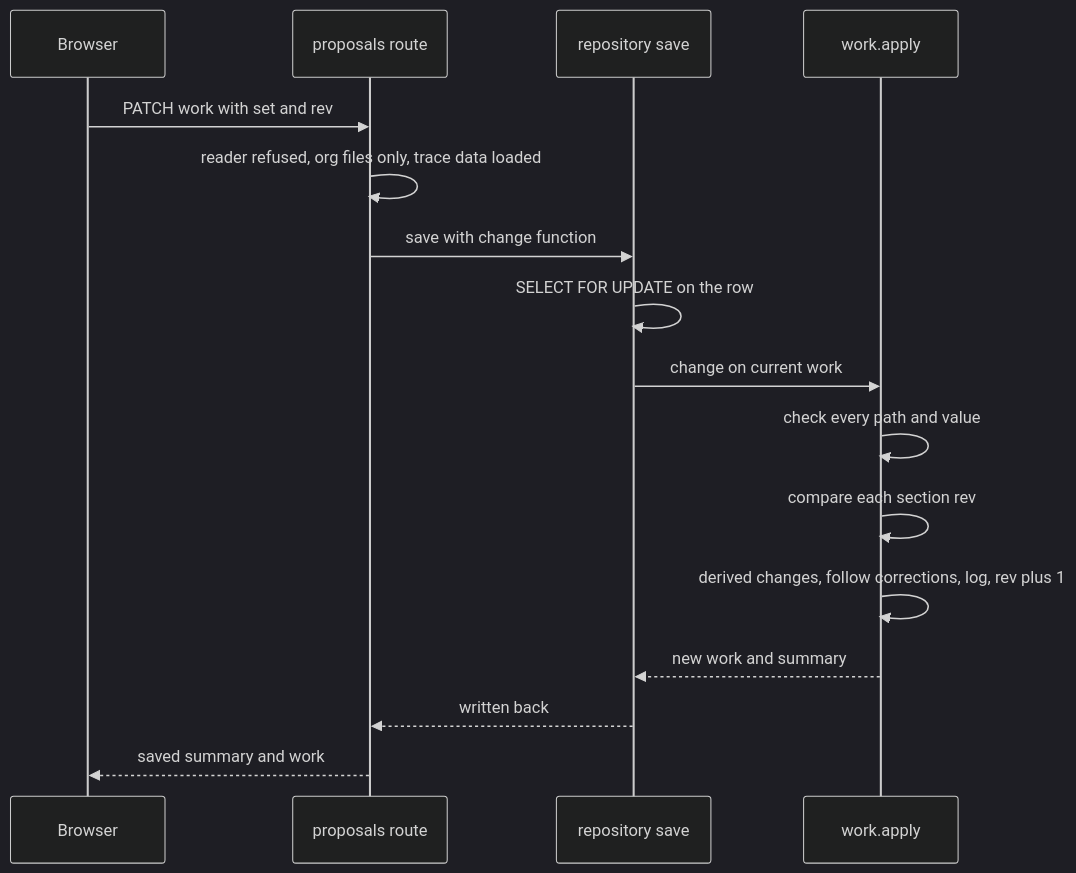
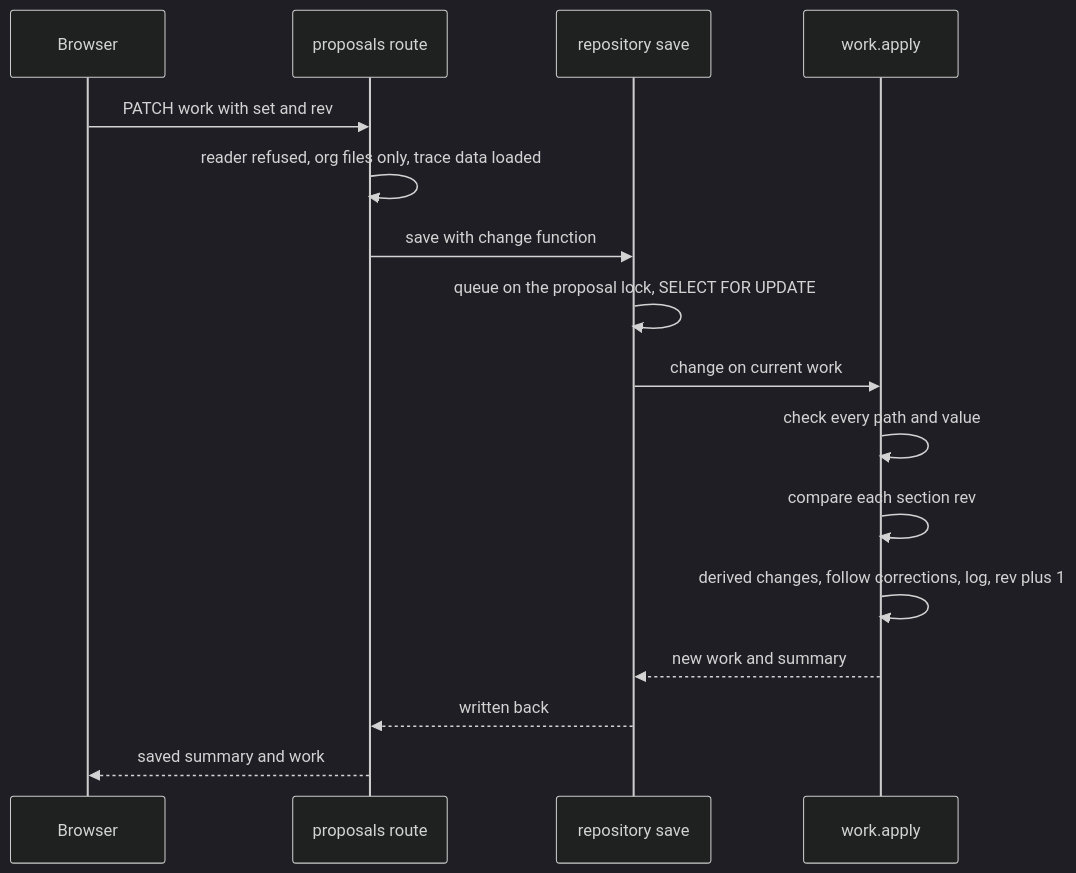
One commit to project-tech4dev/sangam changed the second of 2 diagrams in openwiki/workflows/proposal-lifecycle.md. Above: the diagram before and after it, drawn with Mermaid (dark theme). The commit also changed other lines of this file and 107 other files, not shown here.

````diff
--- a/openwiki/workflows/proposal-lifecycle.md
+++ b/openwiki/workflows/proposal-lifecycle.md
@@ -231,18 +295,18 @@
 ```mermaid
 sequenceDiagram
     participant UI as Browser
     participant API as proposals route
     participant Repo as repository save
     participant Rules as work.apply
     UI->>API: PATCH work with set and rev
     API->>API: reader refused, org files only, trace data loaded
     API->>Repo: save with change function
-    Repo->>Repo: SELECT FOR UPDATE on the row
+    Repo->>Repo: queue on the proposal lock, SELECT FOR UPDATE
     Repo->>Rules: change on current work
     Rules->>Rules: check every path and value
     Rules->>Rules: compare each section rev
     Rules->>Rules: derived changes, follow corrections, log, rev plus 1
     Rules-->>Repo: new work and summary
     Repo-->>API: written back
     API-->>UI: saved summary and work
 ```
````
